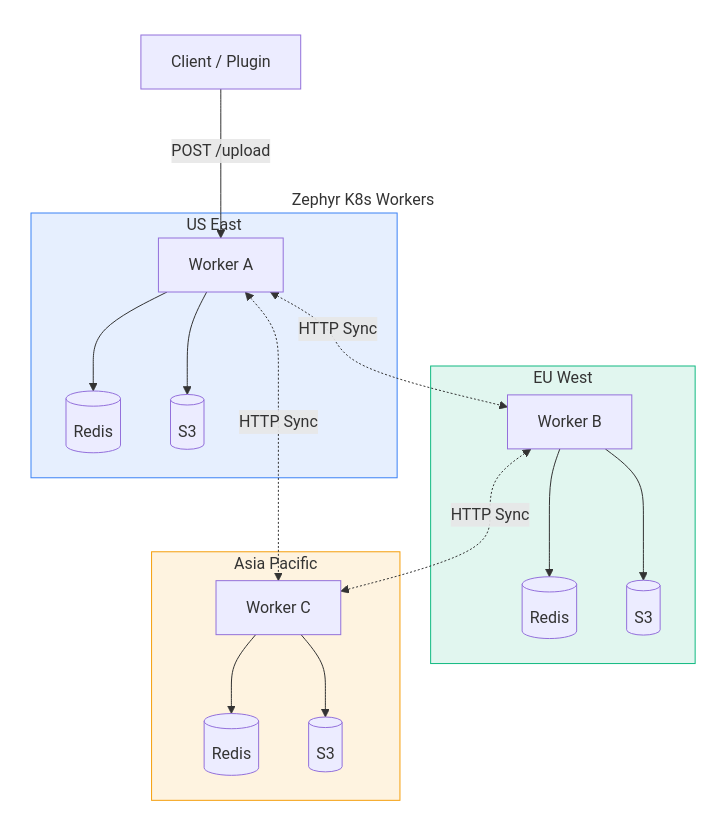
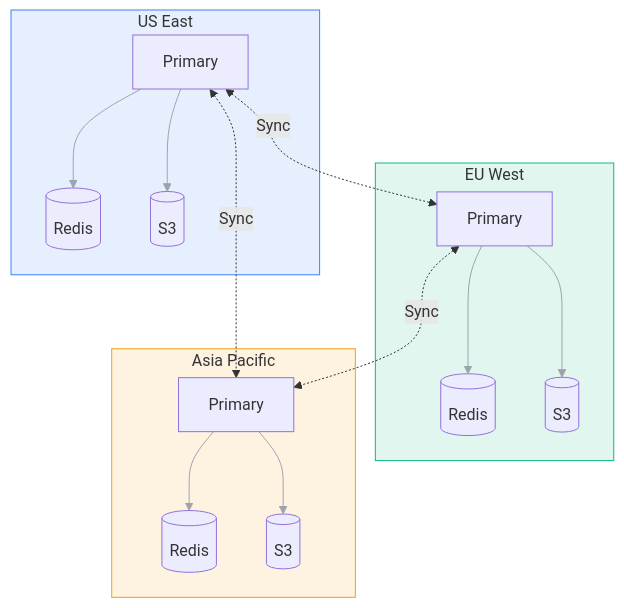
One commit to ZephyrCloudIO/zephyr-documentation changed the second of 3 diagrams in docs/cloud/kubernetes.mdx. Above: the diagram before and after it, drawn with Mermaid. The commit also changed other lines of this file, not shown here.

````diff
--- a/docs/cloud/kubernetes.mdx
+++ b/docs/cloud/kubernetes.mdx
@@ -268,44 +321,35 @@
 ```mermaid
 flowchart TB
-    subgraph client[" "]
-        C[Client / Plugin]
+    subgraph us["US East"]
+        W1[Primary]
+        R1[(Redis)]
+        S1[(S3)]
+        W1 --> R1
+        W1 --> S1
     end
 
-    subgraph workers["Zephyr K8s Workers"]
-        subgraph region1["US East"]
-            W1[Worker A]
-            R1[(Redis)]
-            S1[(S3)]
-            W1 --> R1
-            W1 --> S1
-        end
-
-        subgraph region2["EU West"]
-            W2[Worker B]
-            R2[(Redis)]
-            S2[(S3)]
-            W2 --> R2
-            W2 --> S2
-        end
-
-        subgraph region3["Asia Pacific"]
-            W3[Worker C]
-            R3[(Redis)]
-            S3[(S3)]
-            W3 --> R3
-            W3 --> S3
-        end
-
-        W1 <-.->|HTTP Sync| W2
-        W2 <-.->|HTTP Sync| W3
-        W1 <-.->|HTTP Sync| W3
+    subgraph eu["EU West"]
+        W2[Primary]
+        R2[(Redis)]
+        S2[(S3)]
+        W2 --> R2
+        W2 --> S2
     end
 
-    C -->|POST /upload| W1
+    subgraph ap["Asia Pacific"]
+        W3[Primary]
+        R3[(Redis)]
+        S3[(S3)]
+        W3 --> R3
+        W3 --> S3
+    end
 
-    style client fill:none,stroke:none
-    style workers fill:none,stroke:none
-    style region1 fill:#3b82f620,stroke:#3b82f6
-    style region2 fill:#10b98120,stroke:#10b981
-    style region3 fill:#f59e0b20,stroke:#f59e0b
+    W1 <-.->|Sync| W2
+    W2 <-.->|Sync| W3
+    W1 <-.->|Sync| W3
+
+    style us fill:#3b82f620,stroke:#3b82f6
+    style eu fill:#10b98120,stroke:#10b981
+    style ap fill:#f59e0b20,stroke:#f59e0b
+    linkStyle 0,1,2,3,4,5 stroke:#9ca3af,stroke-width:1px
 ```
````
